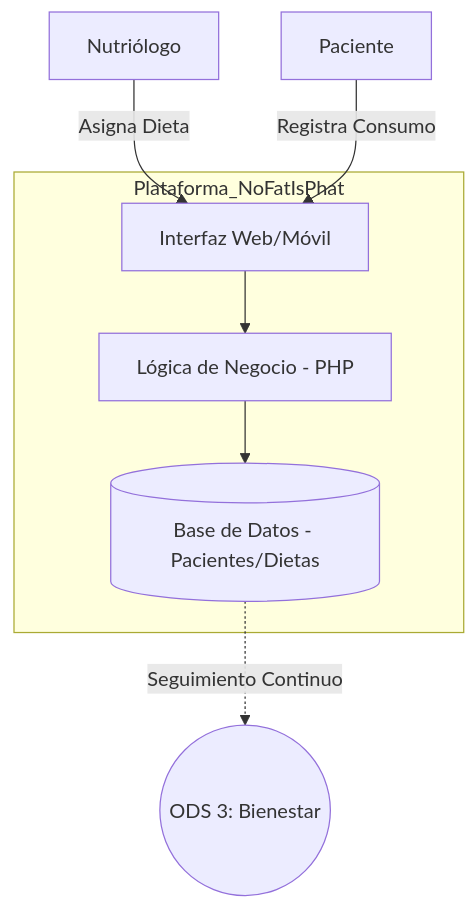
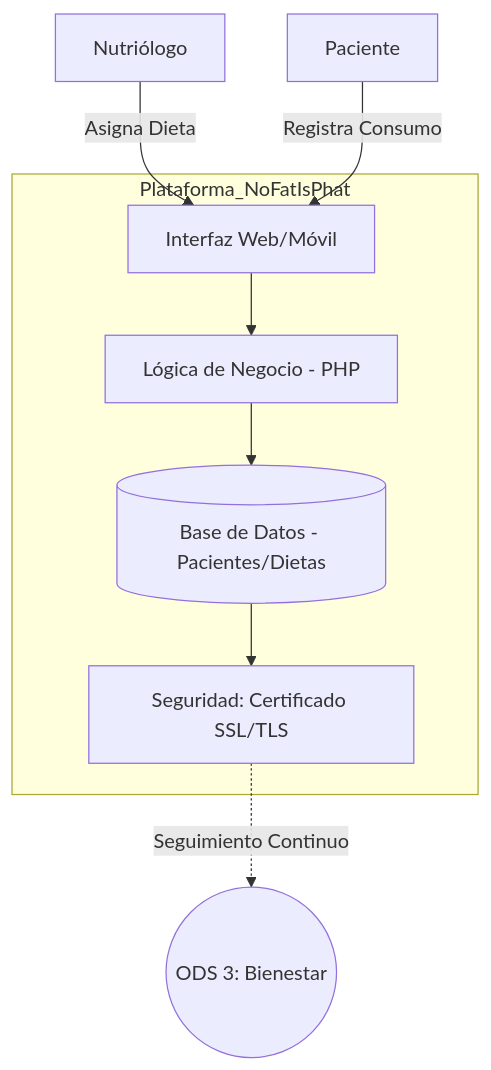
One commit to Deadgon48/NotFatIsPhat changed the diagram in docs/index.md. Above: the diagram before and after it, drawn with Mermaid. The commit also changed other lines of this file and 3 other files, not shown here.

````diff
--- a/docs/index.md
+++ b/docs/index.md
@@ -9,22 +9,24 @@
 ```mermaid
 graph TD
 %% Definición de Actores
 Nutri[Nutriólogo]
 Pac[Paciente]
 
 %% Interacciones Principales
 subgraph Plataforma_NoFatIsPhat
     App[Interfaz Web/Móvil]
     API[Lógica de Negocio - PHP]
     DB[(Base de Datos - Pacientes/Dietas)]
+    SSL[Seguridad: Certificado SSL/TLS]
 end
 
 Nutri -->|Asigna Dieta| App
 Pac -->|Registra Consumo| App
 App --> API
 API --> DB
+DB --> SSL
 
 %% Conexión con ODS 3
-DB -.->|Seguimiento Continuo| ODS3((ODS 3: Bienestar))
+SSL -.->|Seguimiento Continuo| ODS3((ODS 3: Bienestar))
 
 ```
````
